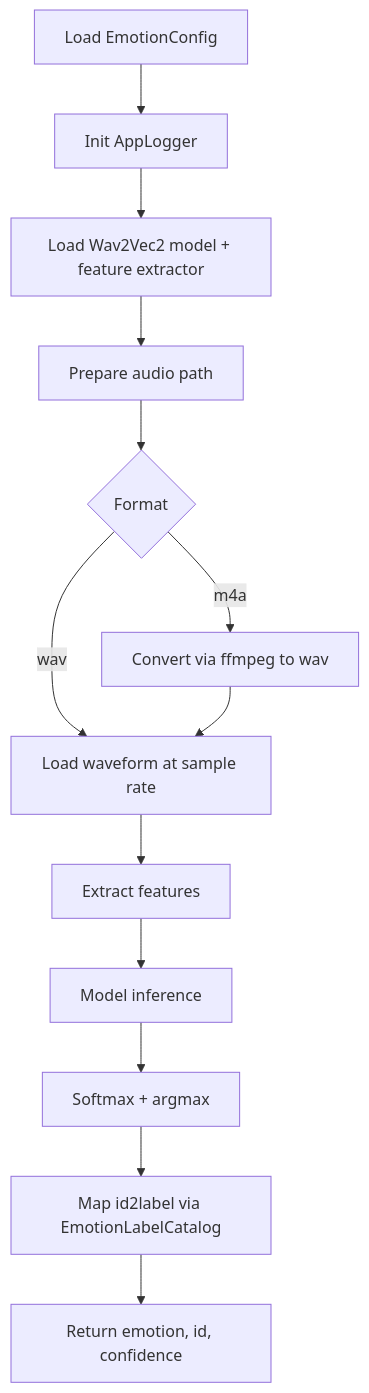
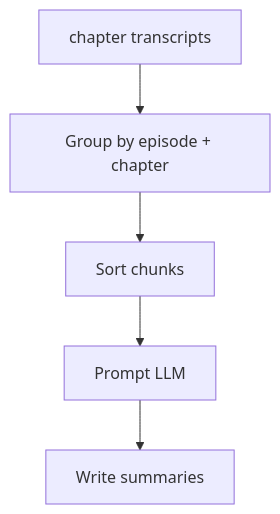
The third of 6 diagrams in docs/silver_enriched.md (Tilmanzzz/media-lens), drawn with Mermaid before and after one commit. The commit also changed other lines of this file and 6 other files, not shown here.

````diff
--- a/docs/silver_enriched.md
+++ b/docs/silver_enriched.md
@@ -77,15 +52,7 @@
 ```mermaid
 flowchart TD
-    A[Load EmotionConfig] --> B[Init AppLogger]
-    B --> C[Load Wav2Vec2 model + feature extractor]
-    C --> D[Prepare audio path]
-    D --> E{Format}
-    E -->|wav| F[Load waveform at sample rate]
-    E -->|m4a| G[Convert via ffmpeg to wav]
-    G --> F
-    F --> H[Extract features]
-    H --> I[Model inference]
-    I --> J[Softmax + argmax]
-    J --> K[Map id2label via EmotionLabelCatalog]
-    K --> L[Return emotion, id, confidence]
+    A[chapter transcripts] --> B[Group by episode + chapter]
+    B --> C[Sort chunks]
+    C --> D[Prompt LLM]
+    D --> E[Write summaries]
 ```
````
